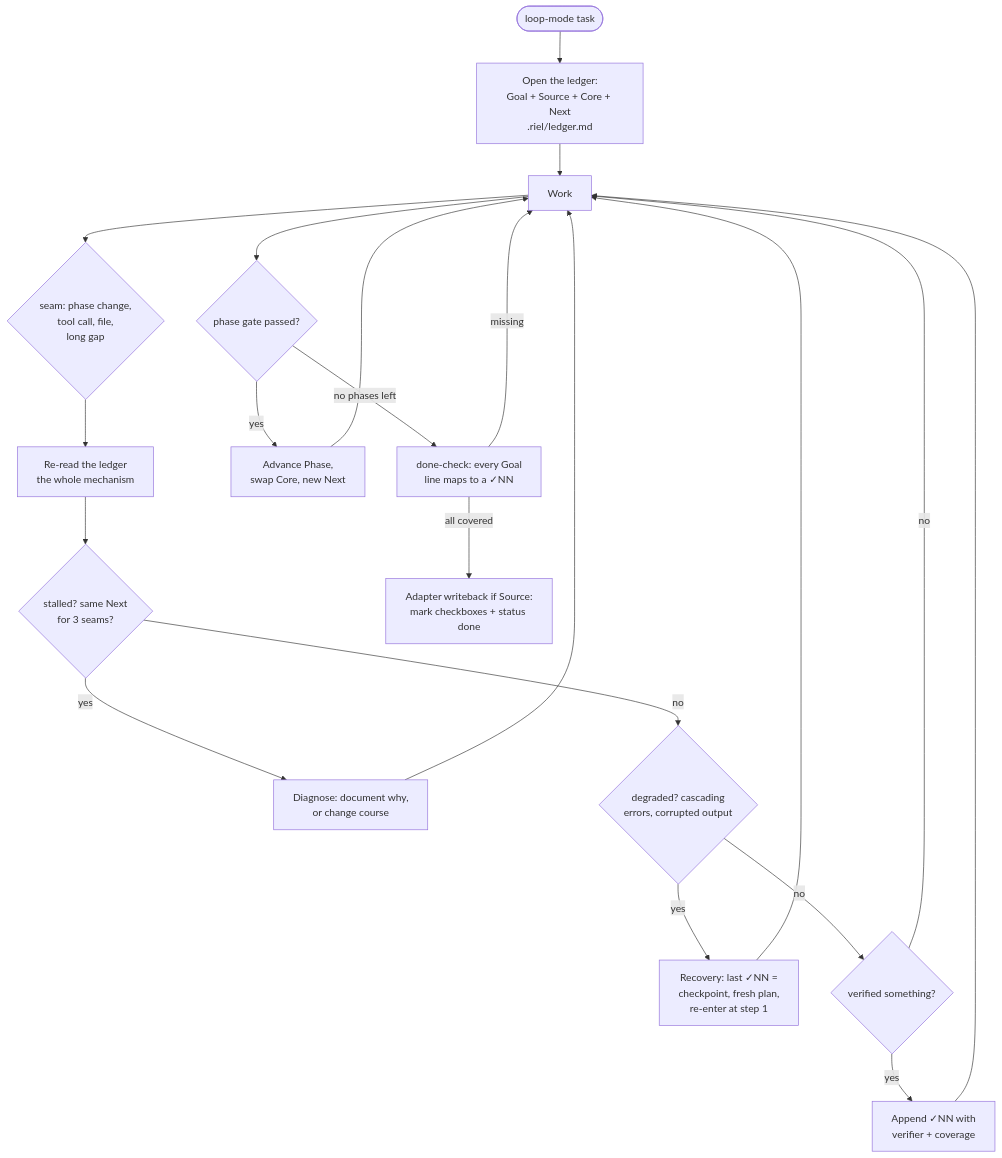
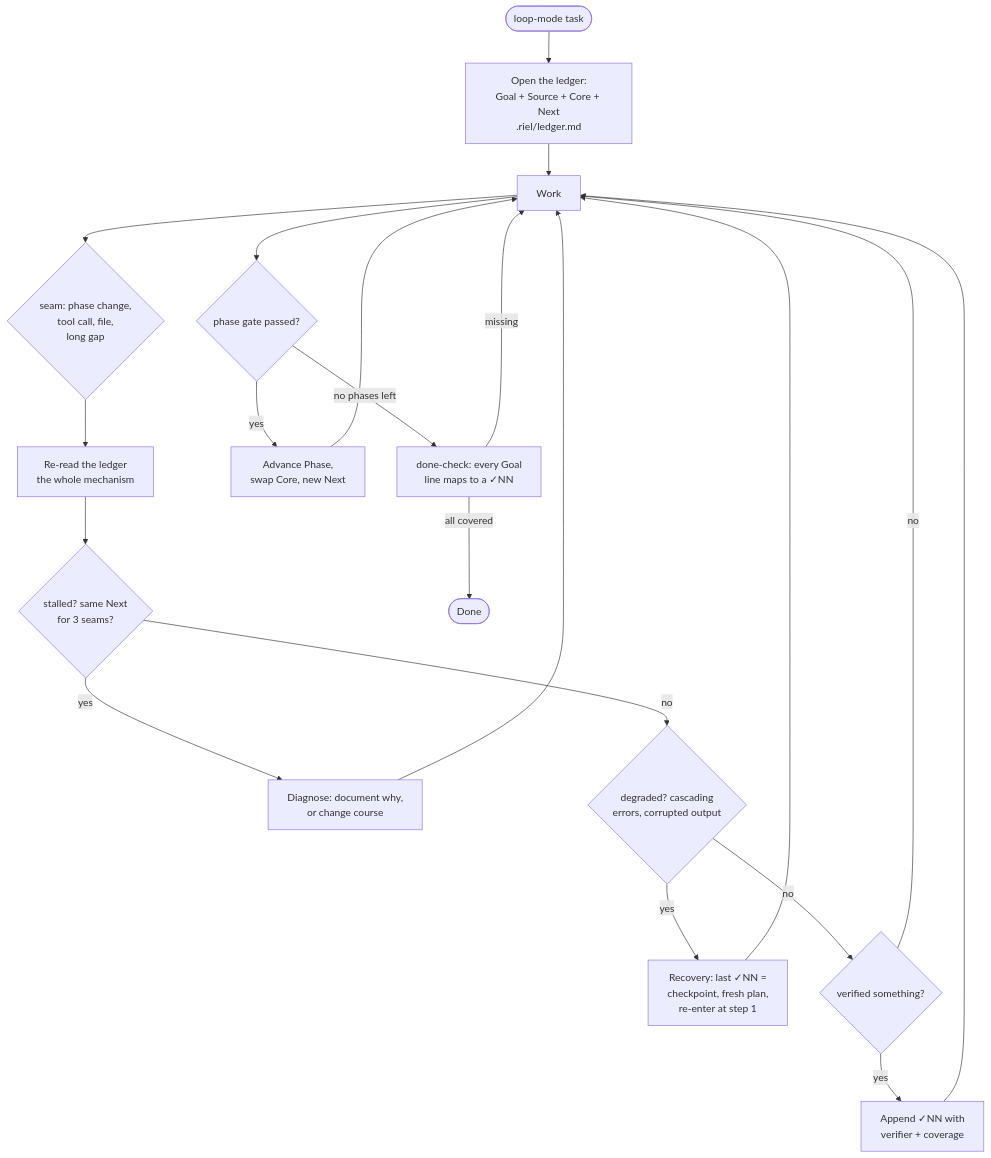
The diagram in skills/riel-ledger/SKILL.md (alvarolizama/riel), drawn with Mermaid before and after one commit. The commit also changed other lines of this file and 12 other files, not shown here.

````diff
--- a/skills/riel-ledger/SKILL.md
+++ b/skills/riel-ledger/SKILL.md
@@ -130,23 +133,23 @@
 ```mermaid
 flowchart TD
   START([loop-mode task]) --> OPEN["Open the ledger:\nGoal + Source + Core + Next\n.riel/ledger.md"]
   OPEN --> W[Work]
   W --> S{"seam: phase change,\ntool call, file,\nlong gap"}
   S --> R["Re-read the ledger\nthe whole mechanism"]
   R --> ST{"stalled? same Next\nfor 3 seams?"}
   ST -->|yes| F["Diagnose: document why,\nor change course"]
   F --> W
   ST -->|no| DEG{"degraded? cascading\nerrors, corrupted output"}
   DEG -->|yes| REC["Recovery: last ✓NN =\ncheckpoint, fresh plan,\nre-enter at step 1"]
   REC --> W
   DEG -->|no| CK{"verified something?"}
   CK -->|yes| APP["Append ✓NN with\nverifier + coverage"]
   APP --> W
   CK -->|no| W
   W --> PH{"phase gate passed?"}
   PH -->|yes| ADV["Advance Phase,\nswap Core, new Next"]
   ADV --> W
   PH -->|"no phases left"| DC["done-check: every Goal\nline maps to a ✓NN"]
   DC -->|"missing"| W
-  DC -->|"all covered"| WB["Adapter writeback if Source:\nmark checkboxes + status done"]
+  DC -->|"all covered"| DONE([Done])
 ```
````
